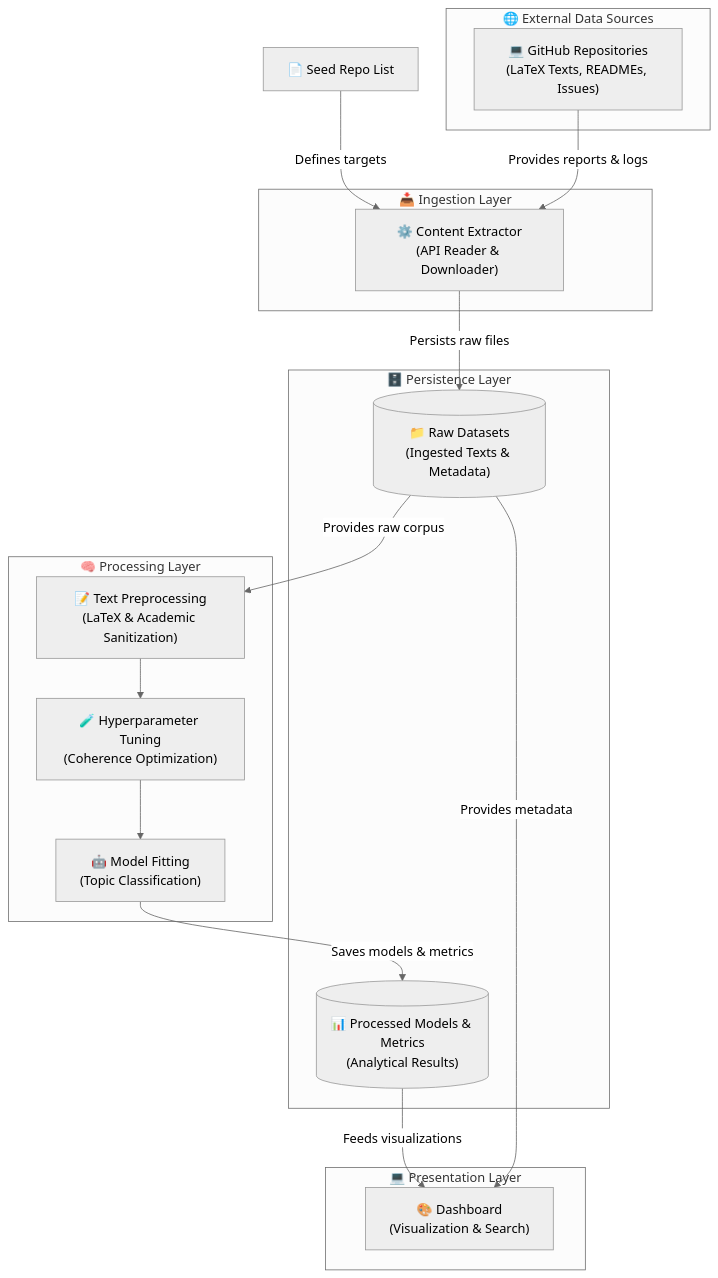
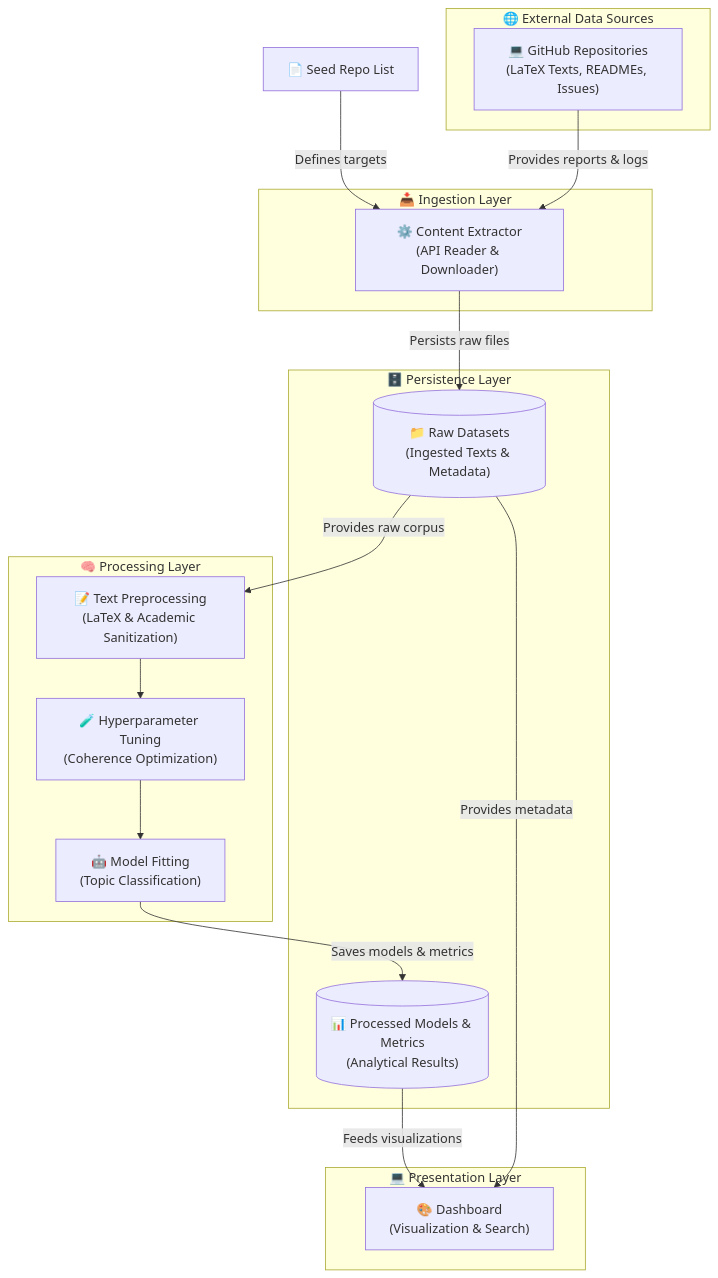
The diagram in README.md (zcc1001/tfg-topics), drawn with Mermaid before and after one commit. The commit also changed other lines of this file and 1 other file, not shown here.

````diff
--- a/README.md
+++ b/README.md
@@ -42,46 +50,41 @@
 ```mermaid
----
-config:
-  theme: 'neutral'
-displayMode: compact
----
 flowchart TD
 
     Index["📄 Seed Repo List<br/>"]
 
     subgraph Sources ["🌐 External Data Sources"]
         GitHub["💻 GitHub Repositories<br/>(LaTeX Texts, READMEs, Issues)"]
     end
 
     subgraph Ingestion ["📥 Ingestion Layer"]
         Extractor["⚙️ Content Extractor<br/>(API Reader & Downloader)"]
     end
 
     subgraph Persistence ["🗄️ Persistence Layer"]
         RawDB[("📁 Raw Datasets<br/>(Ingested Texts & Metadata)")]
         ProcessedDB[("📊 Processed Models & Metrics<br/>(Analytical Results)")]
     end
 
     subgraph Processing ["🧠 Processing Layer"]
         Cleaning["📝 Text Preprocessing<br/>(LaTeX & Academic Sanitization)"]
         Tuning["🧪 Hyperparameter Tuning<br/>(Coherence Optimization)"]
         Modeling["🤖 Model Fitting<br/>(Topic Classification)"]
     end
 
     subgraph Presentation ["💻 Presentation Layer"]
         Dashboard["🎨 Dashboard<br/>(Visualization & Search)"]
     end
 
     %% Flow connections
     Index -->|Defines targets| Extractor
     GitHub -->|Provides reports & logs| Extractor
     Extractor -->|Persists raw files| RawDB
 
     RawDB -->|Provides raw corpus| Cleaning
     Cleaning --> Tuning
     Tuning --> Modeling
     Modeling -->|Saves models & metrics| ProcessedDB
 
     ProcessedDB -->|Feeds visualizations| Dashboard
     RawDB -->|Provides metadata| Dashboard
 ```
````
